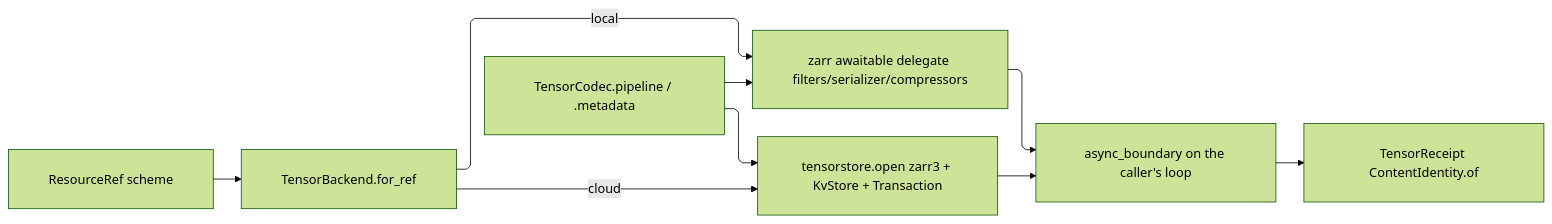
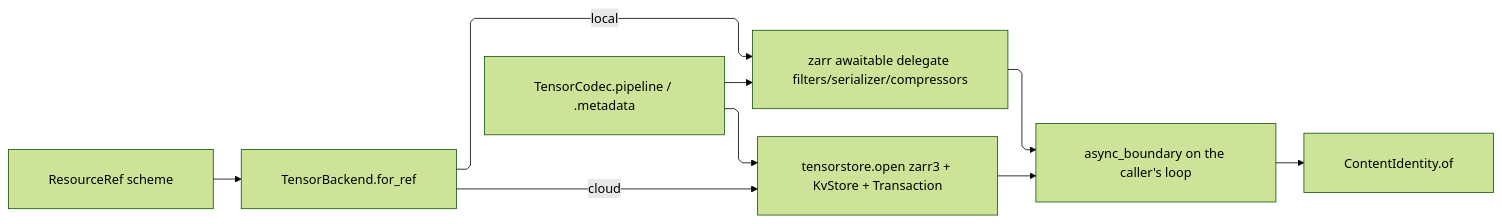
One commit to bsamiee/Rasm changed the first of 2 diagrams in libs/python/data/.planning/gridded/store.md. Above: the diagram before and after it, drawn with Mermaid (forest theme). The commit also changed other lines of this file and 1417 other files, not shown here.

````diff
--- a/libs/python/data/.planning/gridded/store.md
+++ b/libs/python/data/.planning/gridded/store.md
@@ -586,20 +535,20 @@
 ```mermaid
 ---
 config:
   layout: elk
   flowchart:
     curve: linear
     padding: 25
 ---
 flowchart LR
     accTitle: Tensor store engine flow
-    accDescr: ResourceRef scheme recovery into the backend delegates, codec pipeline lowering, the async rail, and the content-keyed receipt.
+    accDescr: ResourceRef scheme recovery into the backend delegates, codec pipeline lowering, the async rail, and content-keyed write settlement.
     Ref["ResourceRef scheme"] --> Backend["TensorBackend.for_ref"]
     Backend -->|local| Zarr["zarr awaitable delegate filters/serializer/compressors"]
     Backend -->|cloud| TS["tensorstore.open zarr3 + KvStore + Transaction"]
     Codec["TensorCodec.pipeline / .metadata"] --> Zarr
     Codec --> TS
     Zarr --> Rail["async_boundary on the caller's loop"]
     TS --> Rail
-    Rail --> Receipt["TensorReceipt ContentIdentity.of"]
+    Rail --> Key["ContentIdentity.of"]
 ```
````
